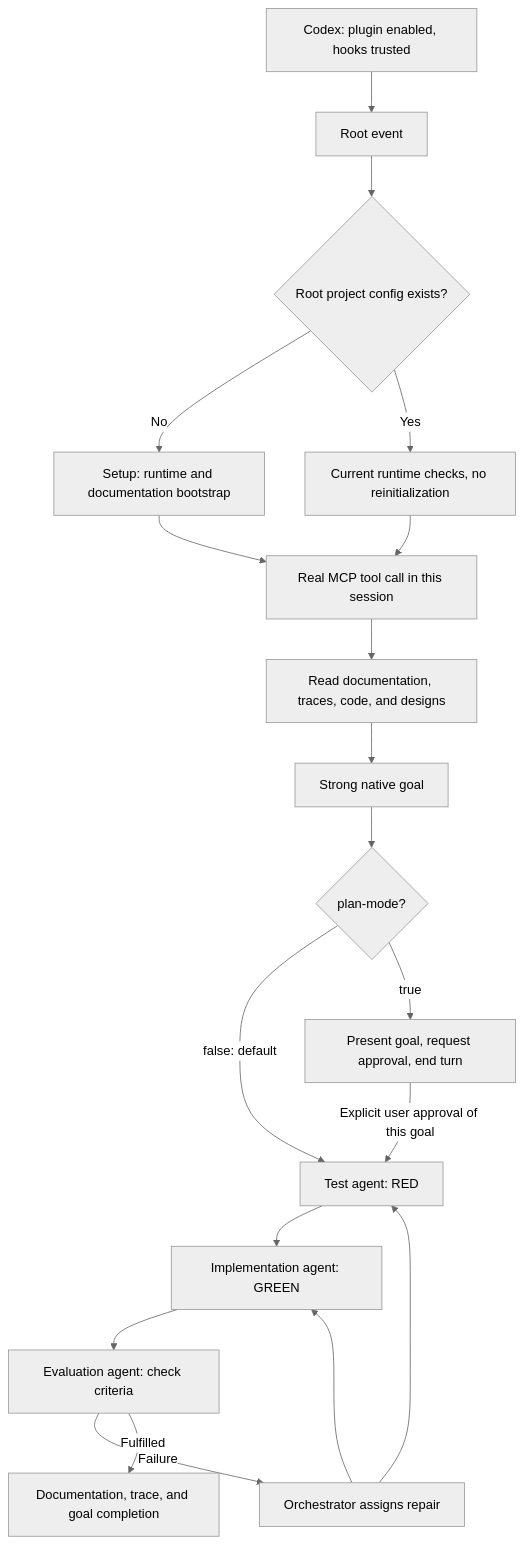
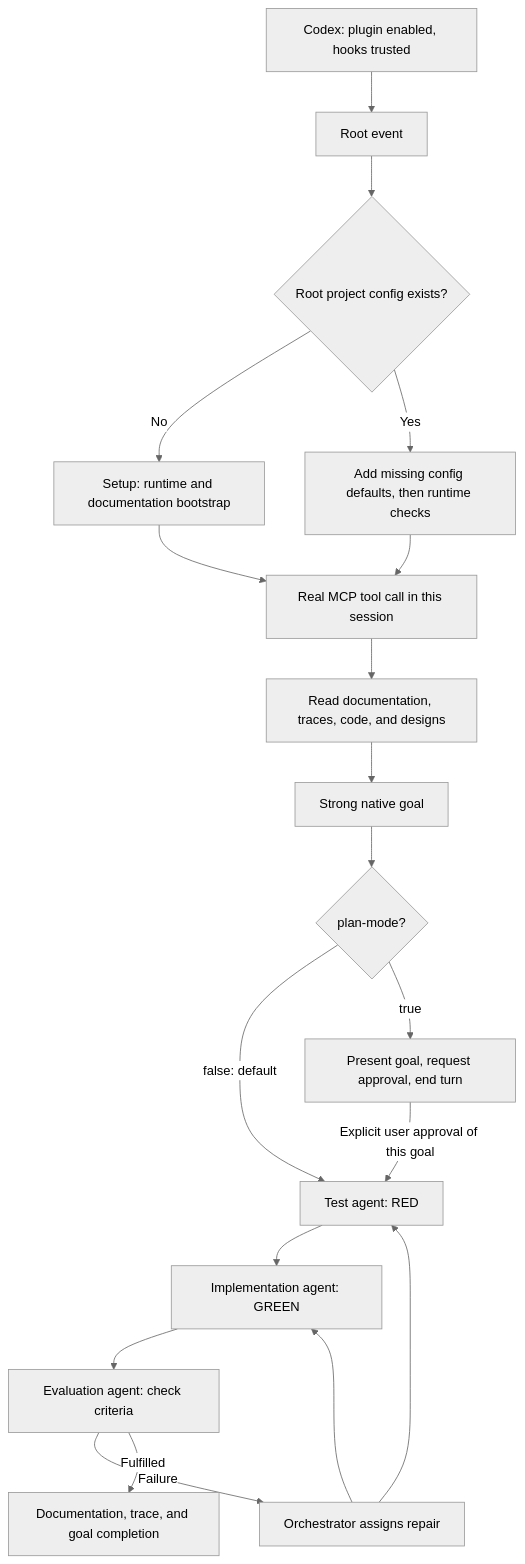
One commit to Chris-1337/KISS-Chris-Stack changed the diagram in docs/PRODUKT-ONBOARDING.md. Above: the diagram before and after it, drawn with Mermaid (neutral theme). The commit also changed other lines of this file and 13 other files, not shown here.

Commit message:
feat: backfill missing project config fields

````diff
--- a/docs/PRODUKT-ONBOARDING.md
+++ b/docs/PRODUKT-ONBOARDING.md
@@ -17,21 +17,21 @@
 ```mermaid
 flowchart TD
     H[Codex: plugin enabled, hooks trusted] --> E[Root event]
     E --> P{Root project config exists?}
     P -->|No| S[Setup: runtime and documentation bootstrap]
-    P -->|Yes| R[Current runtime checks, no reinitialization]
+    P -->|Yes| R[Add missing config defaults, then runtime checks]
     R --> M
     S --> M[Real MCP tool call in this session]
     M --> C[Read documentation, traces, code, and designs]
     C --> G[Strong native goal]
     G --> PMode{plan-mode?}
     PMode -->|false: default| T[Test agent: RED]
     PMode -->|true| A[Present goal, request approval, end turn]
     A -->|Explicit user approval of this goal| T
     T --> I[Implementation agent: GREEN]
     I --> V[Evaluation agent: check criteria]
     V -->|Failure| O[Orchestrator assigns repair]
     O --> T
     O --> I
     V -->|Fulfilled| D[Documentation, trace, and goal completion]
 ```
````
